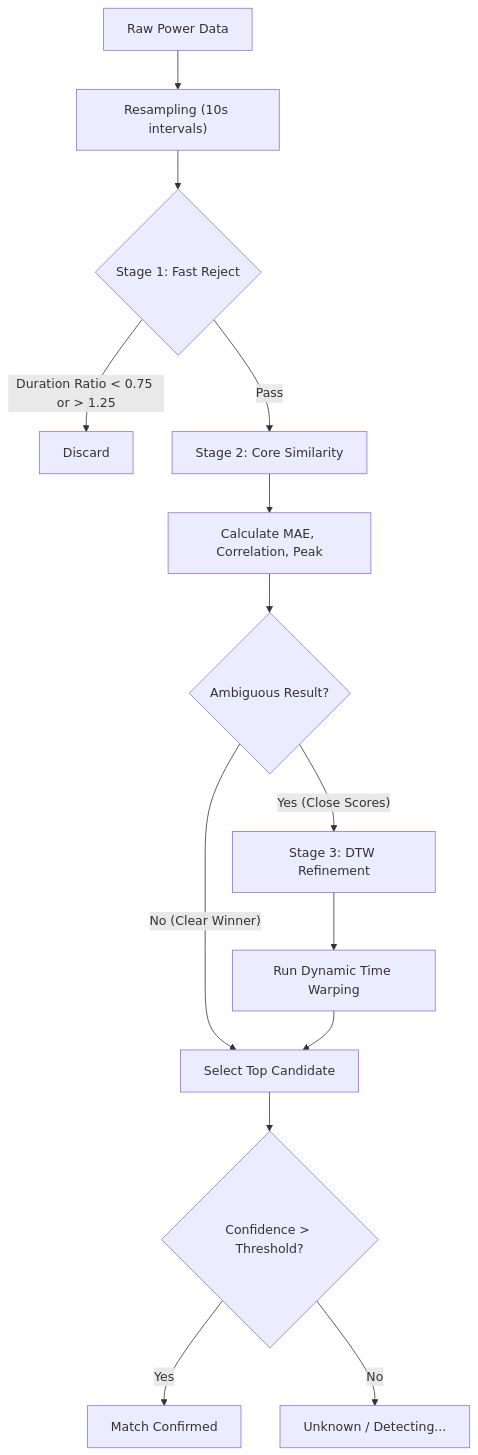
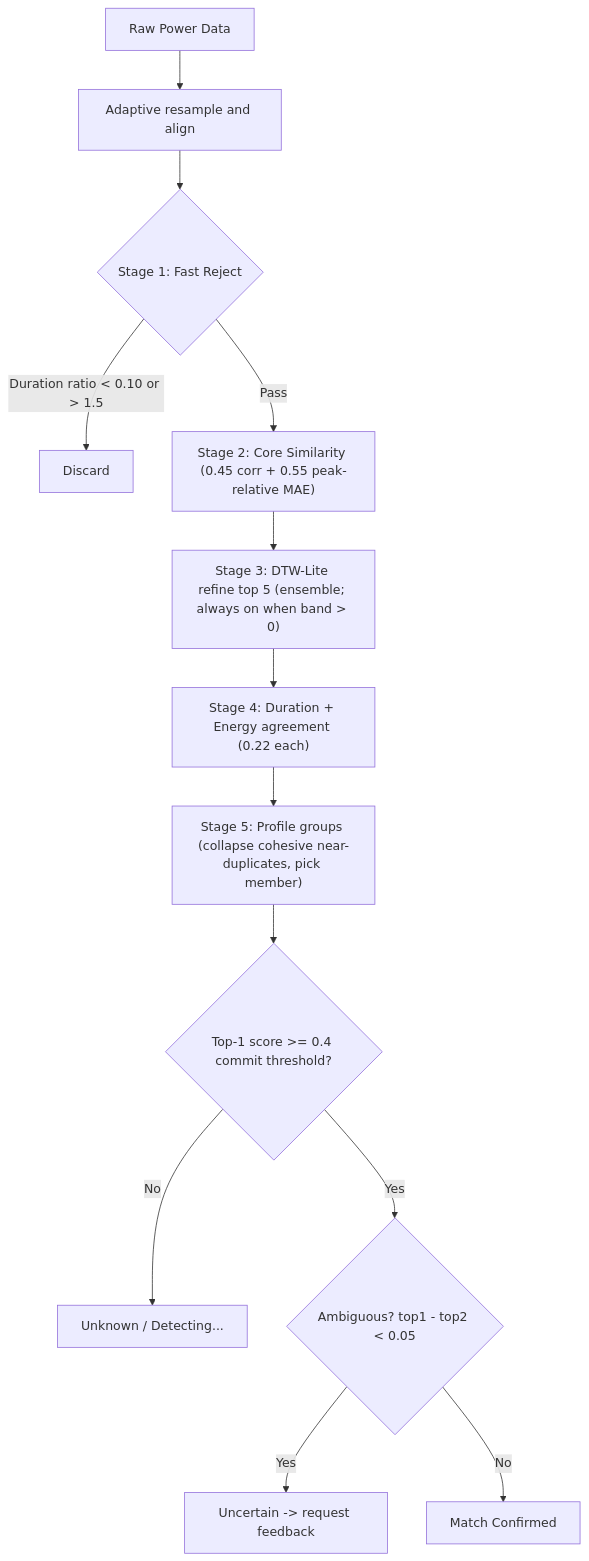
The fourth of 7 diagrams in IMPLEMENTATION.md (3dg1luk43/ha_washdata), drawn with Mermaid before and after one commit. The commit also changed other lines of this file and 26 other files, not shown here.

````diff
--- a/IMPLEMENTATION.md
+++ b/IMPLEMENTATION.md
@@ -128,20 +133,15 @@
  ```mermaid
  graph TD
-     A[Raw Power Data] --> B["Resampling (10s intervals)"]
-     B --> C{"Stage 1: Fast Reject"}
-     C -- "Duration Ratio < 0.75 or > 1.25" --> D[Discard]
-     C -- "Pass" --> E["Stage 2: Core Similarity"]
-     
-     E --> F["Calculate MAE, Correlation, Peak"]
-     F --> G{"Ambiguous Result?"}
-     
-     G -- "No (Clear Winner)" --> H[Select Top Candidate]
-     G -- "Yes (Close Scores)" --> I["Stage 3: DTW Refinement"]
-     
-     I --> J[Run Dynamic Time Warping]
-     J --> H
-     
-     H --> K{"Confidence > Threshold?"}
-     K -- Yes --> L[Match Confirmed]
-     K -- No --> M["Unknown / Detecting..."]
+     A[Raw Power Data] --> B[Adaptive resample and align]
+     B --> C{Stage 1: Fast Reject}
+     C -- "Duration ratio < 0.10 or > 1.5" --> D[Discard]
+     C -- Pass --> E["Stage 2: Core Similarity (0.45 corr + 0.55 peak-relative MAE)"]
+     E --> F["Stage 3: DTW-Lite refine top 5 (ensemble; always on when band > 0)"]
+     F --> G["Stage 4: Duration + Energy agreement (0.22 each)"]
+     G --> H["Stage 5: Profile groups (collapse cohesive near-duplicates, pick member)"]
+     H --> I{"Top-1 score >= 0.4 commit threshold?"}
+     I -- No --> M["Unknown / Detecting..."]
+     I -- Yes --> J{"Ambiguous? top1 - top2 < 0.05"}
+     J -- Yes --> R[Uncertain -> request feedback]
+     J -- No --> L[Match Confirmed]
  ```
````
